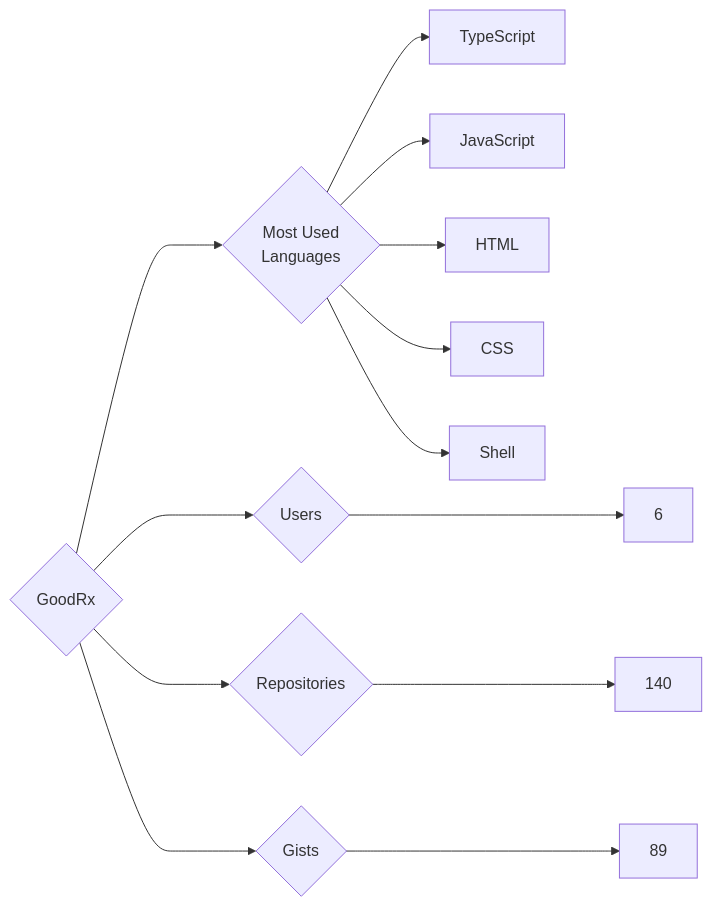
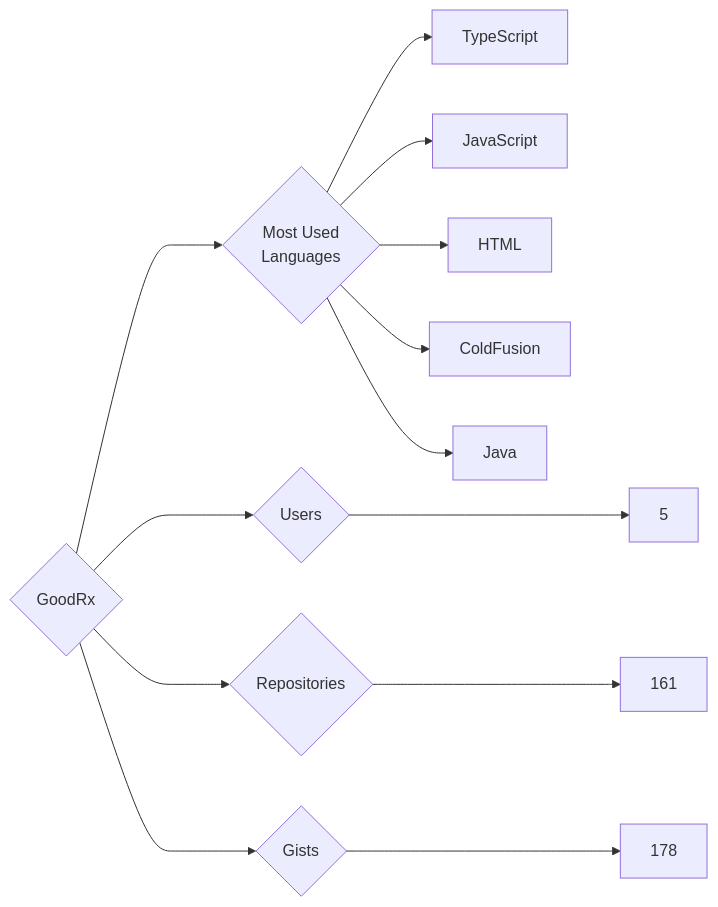
Before and after one commit to trickest/insiders: the diagram in targets/GoodRx/README.md, drawn with Mermaid. The commit also changed 933 other files, not shown here.

````diff
--- a/targets/GoodRx/README.md
+++ b/targets/GoodRx/README.md
@@ -3,13 +3,13 @@
 ```mermaid
 graph LR
 COMPANY_NAME{GoodRx}
-COMPANY_NAME ---> U{Users} ---> UN[6]
-COMPANY_NAME ---> R{Repositories} ---> RN[140]
-COMPANY_NAME ---> G{Gists} ---> GN[89]
+COMPANY_NAME ---> U{Users} ---> UN[5]
+COMPANY_NAME ---> R{Repositories} ---> RN[161]
+COMPANY_NAME ---> G{Gists} ---> GN[178]
 COMPANY_NAME ---> ML{Most Used<br>Languages}
 ML --> TypeScript[TypeScript]
 ML --> JavaScript[JavaScript]
 ML --> HTML[HTML]
-ML --> CSS[CSS]
-ML --> Shell[Shell]
+ML --> ColdFusion[ColdFusion]
+ML --> Java[Java]
 ```
````
